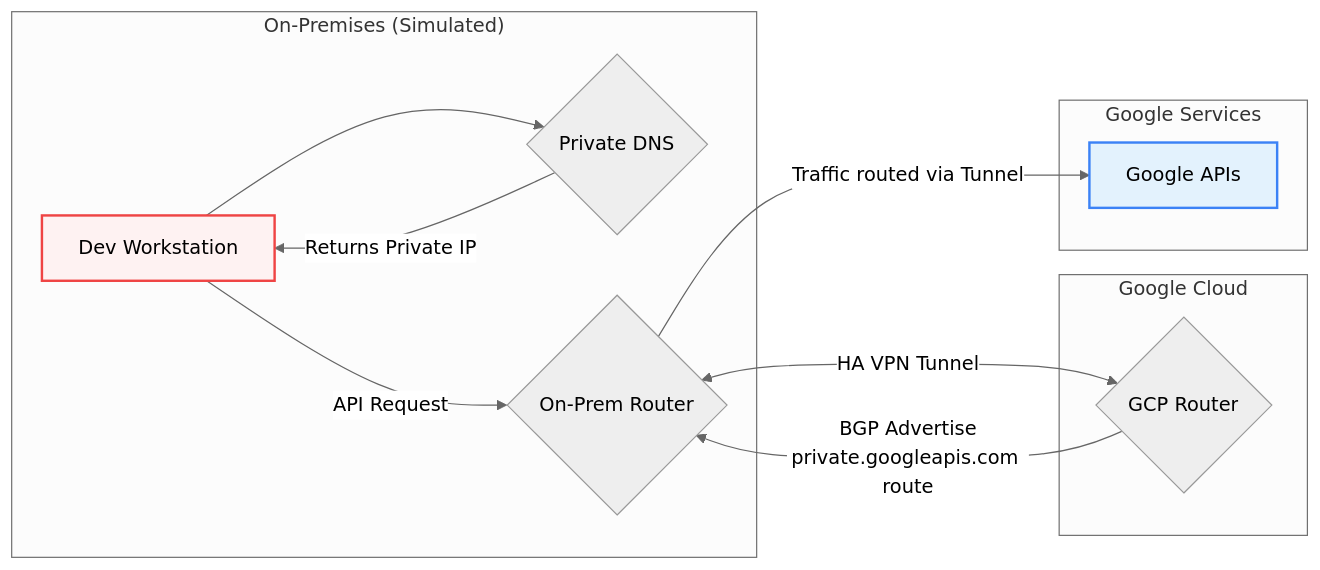
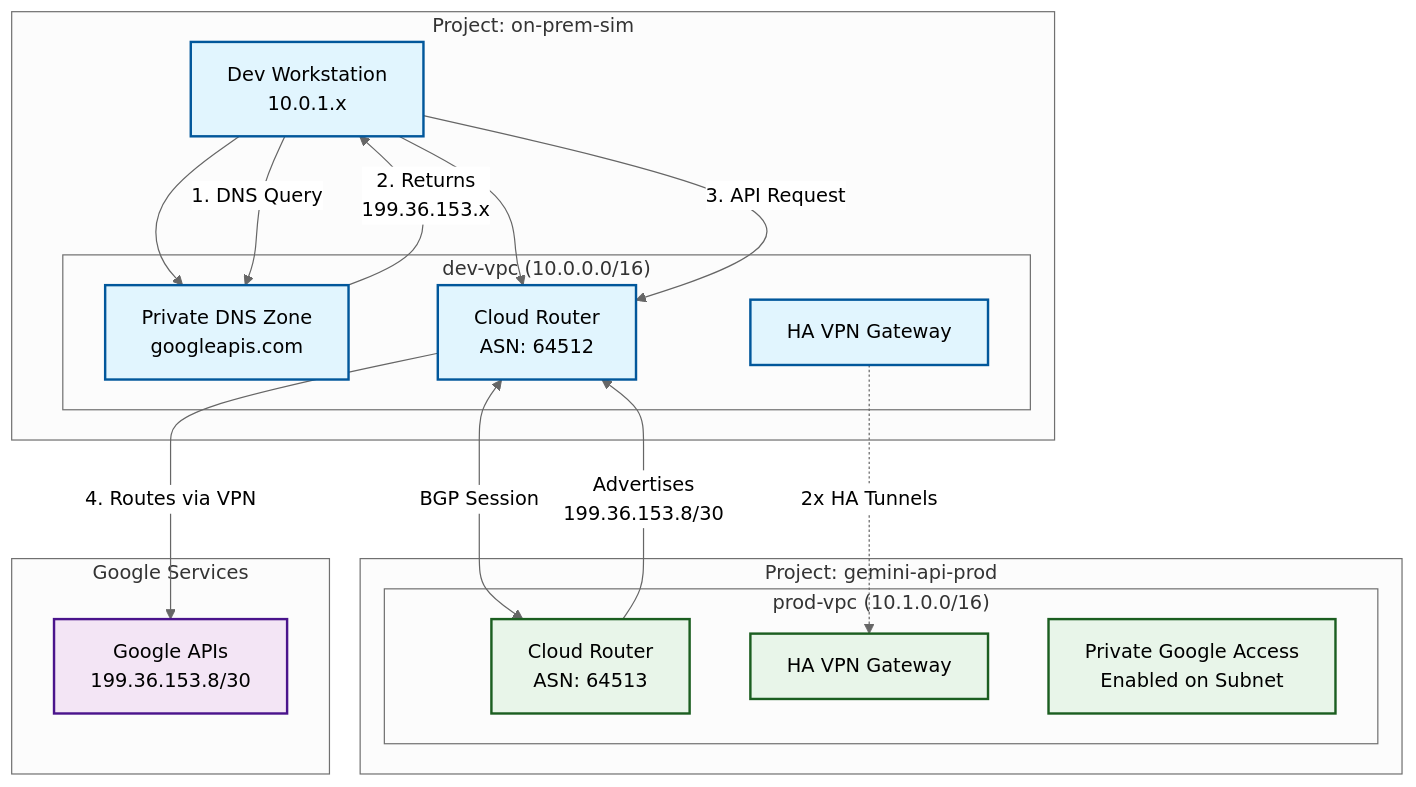
The diagram in README.md (rom2019/gcp-hybrid-network-simulation), drawn with Mermaid (neutral theme) before and after one commit.

````diff
--- a/README.md
+++ b/README.md
@@ -19,23 +19,41 @@
 ```mermaid
-graph LR
-    subgraph "On-Premises (Simulated)"
-        A[Dev Workstation] --> B{Private DNS};
-        B -- "Returns Private IP" --> A;
-        A -- "API Request" --> C{On-Prem Router};
+graph TB
+    subgraph "Project: on-prem-sim"
+        VM[Dev Workstation<br/>10.0.1.x]
+        subgraph "dev-vpc (10.0.0.0/16)"
+            DNS[Private DNS Zone<br/>googleapis.com]
+            CR1[Cloud Router<br/>ASN: 64512]
+            VPN1[HA VPN Gateway]
+        end
+        VM --> DNS
+        VM --> CR1
     end
-
-    subgraph "Google Cloud"
-        D{GCP Router};
-        D -- "BGP Advertise<br>private.googleapis.com route" --> C;
+    
+    subgraph "Project: gemini-api-prod"
+        subgraph "prod-vpc (10.1.0.0/16)"
+            CR2[Cloud Router<br/>ASN: 64513]
+            VPN2[HA VPN Gateway]
+            PGA[Private Google Access<br/>Enabled on Subnet]
+        end
     end
-
+    
     subgraph "Google Services"
-        E[Google APIs]
+        API[Google APIs<br/>199.36.153.8/30]
     end
-
-    C -- "HA VPN Tunnel" <--> D;
-    C -- "Traffic routed via Tunnel" --> E;
-
-    style A fill:#fef2f2,stroke:#ef4444,stroke-width:2px
-    style E fill:#e3f2fd,stroke:#3b82f6,stroke-width:2px
+    
+    VPN1 -.->|2x HA Tunnels| VPN2
+    CR1 <-->|BGP Session| CR2
+    CR2 -->|Advertises<br/>199.36.153.8/30| CR1
+    VM -->|1. DNS Query| DNS
+    DNS -->|2. Returns<br/>199.36.153.x| VM
+    VM -->|3. API Request| CR1
+    CR1 -->|4. Routes via VPN| API
+    
+    classDef devClass fill:#e1f5fe,stroke:#01579b,stroke-width:2px
+    classDef prodClass fill:#e8f5e9,stroke:#1b5e20,stroke-width:2px
+    classDef apiClass fill:#f3e5f5,stroke:#4a148c,stroke-width:2px
+    
+    class VM,DNS,CR1,VPN1 devClass
+    class CR2,VPN2,PGA prodClass
+    class API apiClass
 ```
````
